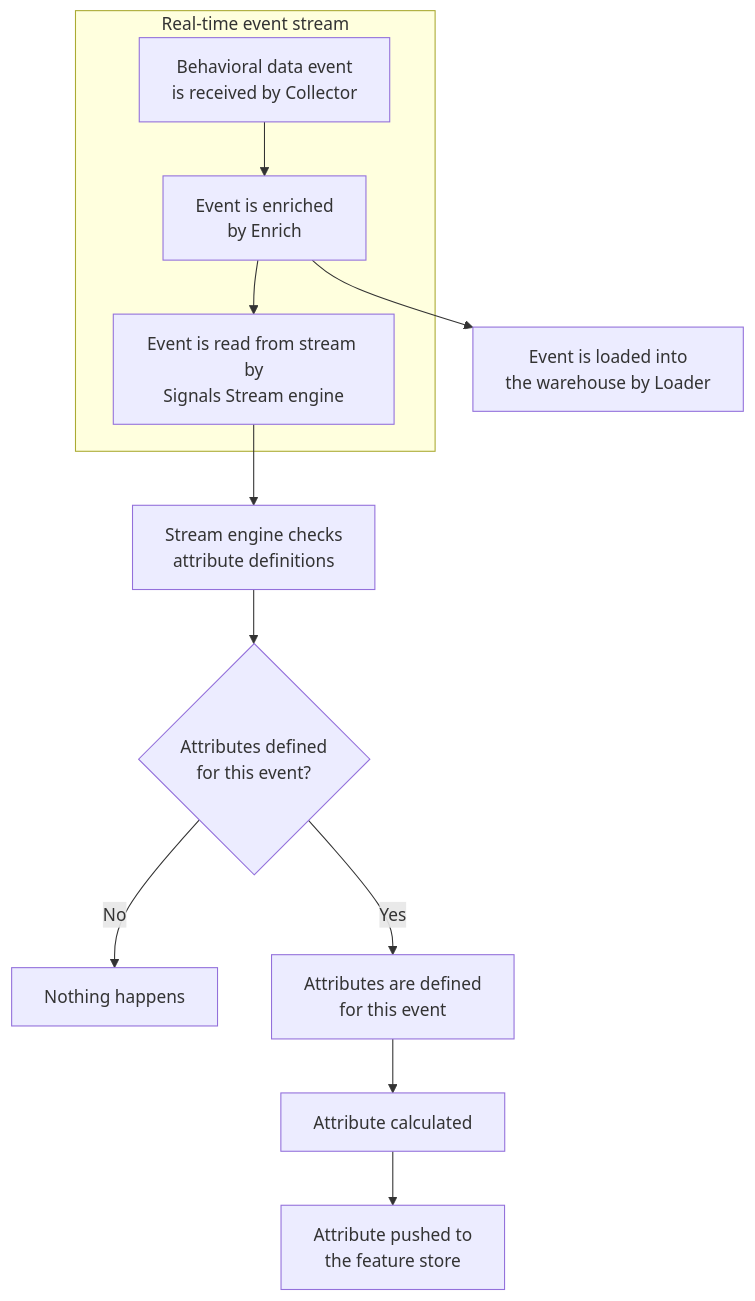
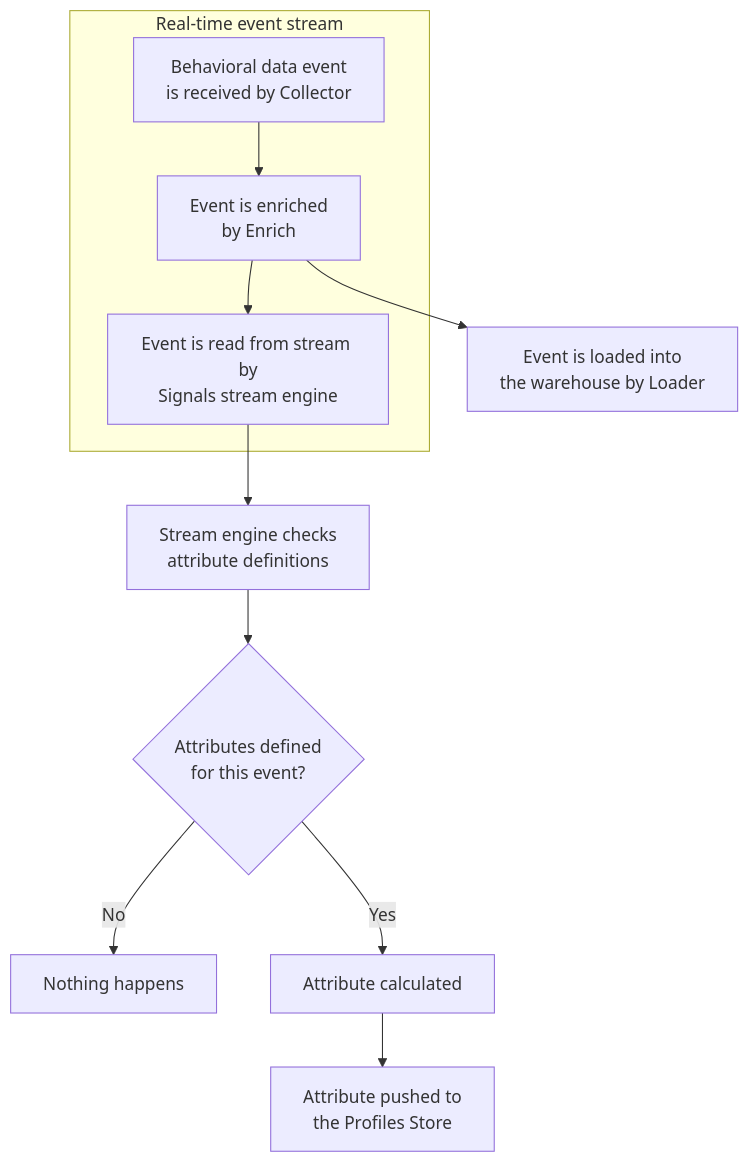
One commit to snowplow/documentation changed the second of 2 diagrams in docs/signals/index.md. Above: the diagram before and after it, drawn with Mermaid. The commit also changed other lines of this file and 2 other files, not shown here.

````diff
--- a/docs/signals/index.md
+++ b/docs/signals/index.md
@@ -84,18 +105,17 @@
 ```mermaid
 flowchart TD
     subgraph Stream[Real-time event stream]
         A[Behavioral data event<br/>is received by Collector] --> B[Event is enriched<br/>by Enrich]
-        B --> D[Event is read from stream by<br/>Signals Stream engine]
+        B --> D[Event is read from stream by<br/>Signals stream engine]
     end
 
     B --> C[Event is loaded into<br/>the warehouse by Loader]
 
     D --> E[Stream engine checks<br/>attribute definitions]
     E --> F{Attributes defined<br/>for this event?}
 
     F -->|No| G[Nothing happens]
 
-    F -->|Yes| H[Attributes are defined<br/>for this event]
-    H --> I[Attribute calculated]
-    I -->     J[Attribute pushed to<br/>the feature store]
+    F -->|Yes| I[Attribute calculated]
+    I -->     J[Attribute pushed to<br/>the Profiles Store]
 ```
````
